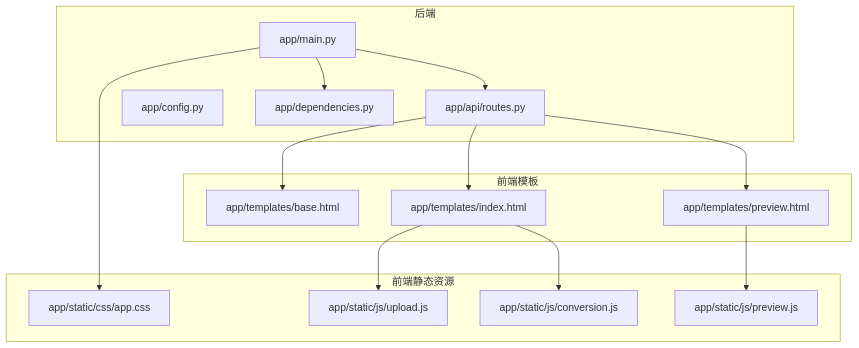
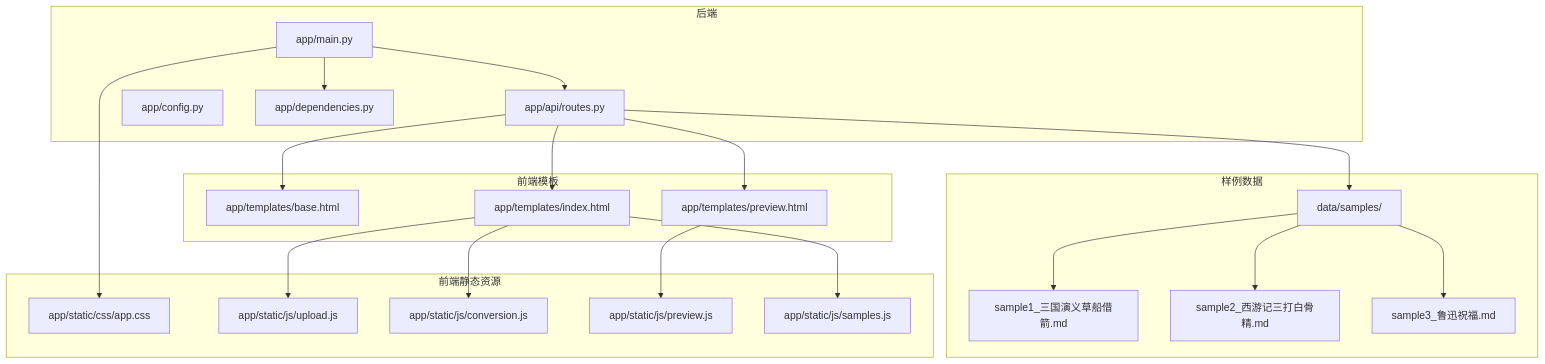
One commit to tjujingzong/Novel-to-Screenplay changed the first of 9 diagrams in .qoder/repowiki/zh/content/前端界面/前端界面.md. Above: the diagram before and after it, drawn with Mermaid. The commit also changed other lines of this file and 21 other files, not shown here.

````diff
--- a/.qoder/repowiki/zh/content/前端界面/前端界面.md
+++ b/.qoder/repowiki/zh/content/前端界面/前端界面.md
@@ -38,29 +48,41 @@
 ```mermaid
 graph TB
 subgraph "前端模板"
 T1["app/templates/base.html"]
 T2["app/templates/index.html"]
 T3["app/templates/preview.html"]
 end
 subgraph "前端静态资源"
 S1["app/static/css/app.css"]
 S2["app/static/js/upload.js"]
 S3["app/static/js/conversion.js"]
 S4["app/static/js/preview.js"]
+S5["app/static/js/samples.js"]
 end
 subgraph "后端"
 M["app/main.py"]
 R["app/api/routes.py"]
 C["app/config.py"]
 D["app/dependencies.py"]
 end
+subgraph "样例数据"
+SD["data/samples/"]
+SD1["sample1_三国演义草船借箭.md"]
+SD2["sample2_西游记三打白骨精.md"]
+SD3["sample3_鲁迅祝福.md"]
+end
 T2 --> S2
 T2 --> S3
+T2 --> S5
 T3 --> S4
 M --> D
 M --> R
 R --> T1
 R --> T2
 R --> T3
 M --> S1
+R --> SD
+SD --> SD1
+SD --> SD2
+SD --> SD3
 ```
````
